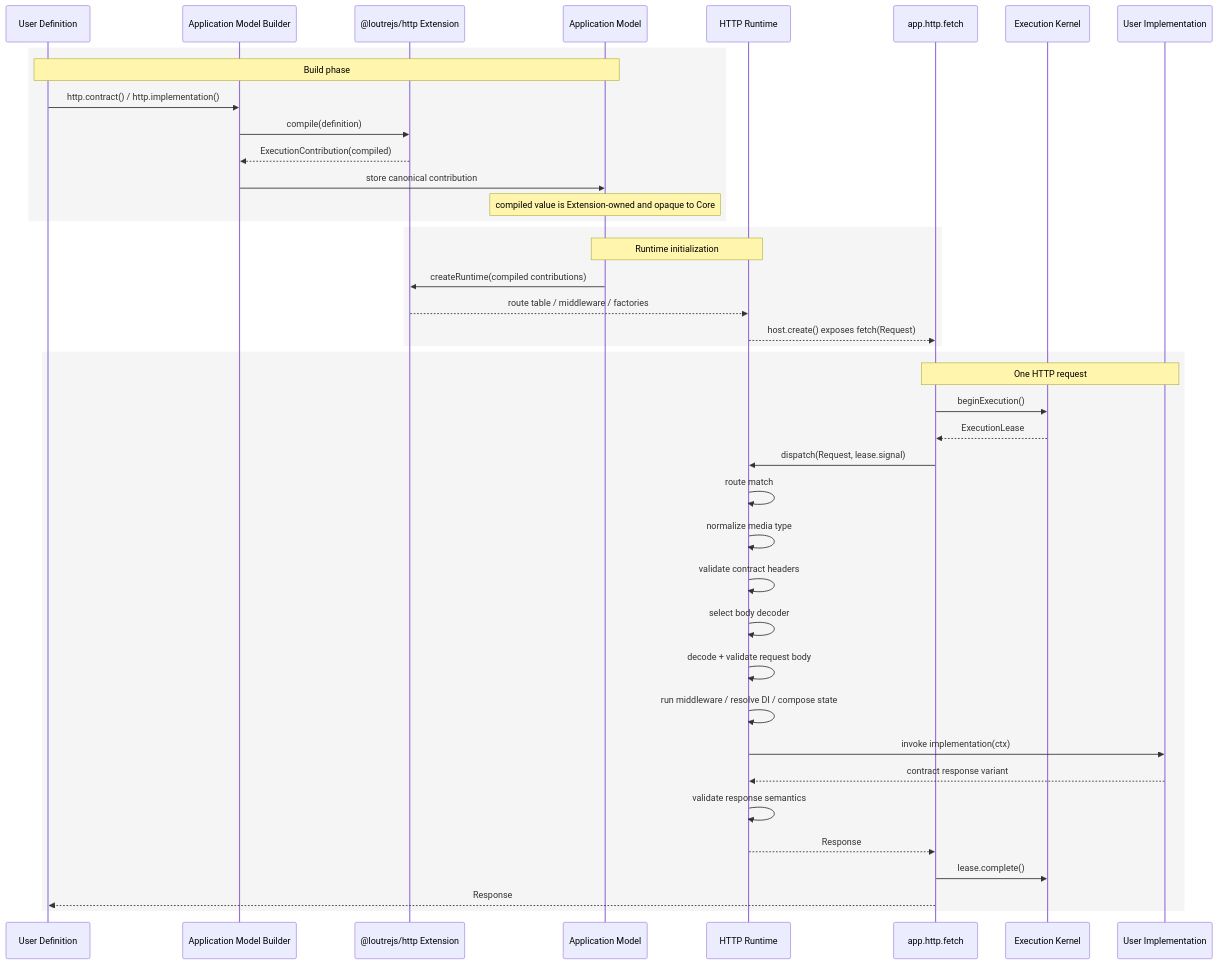
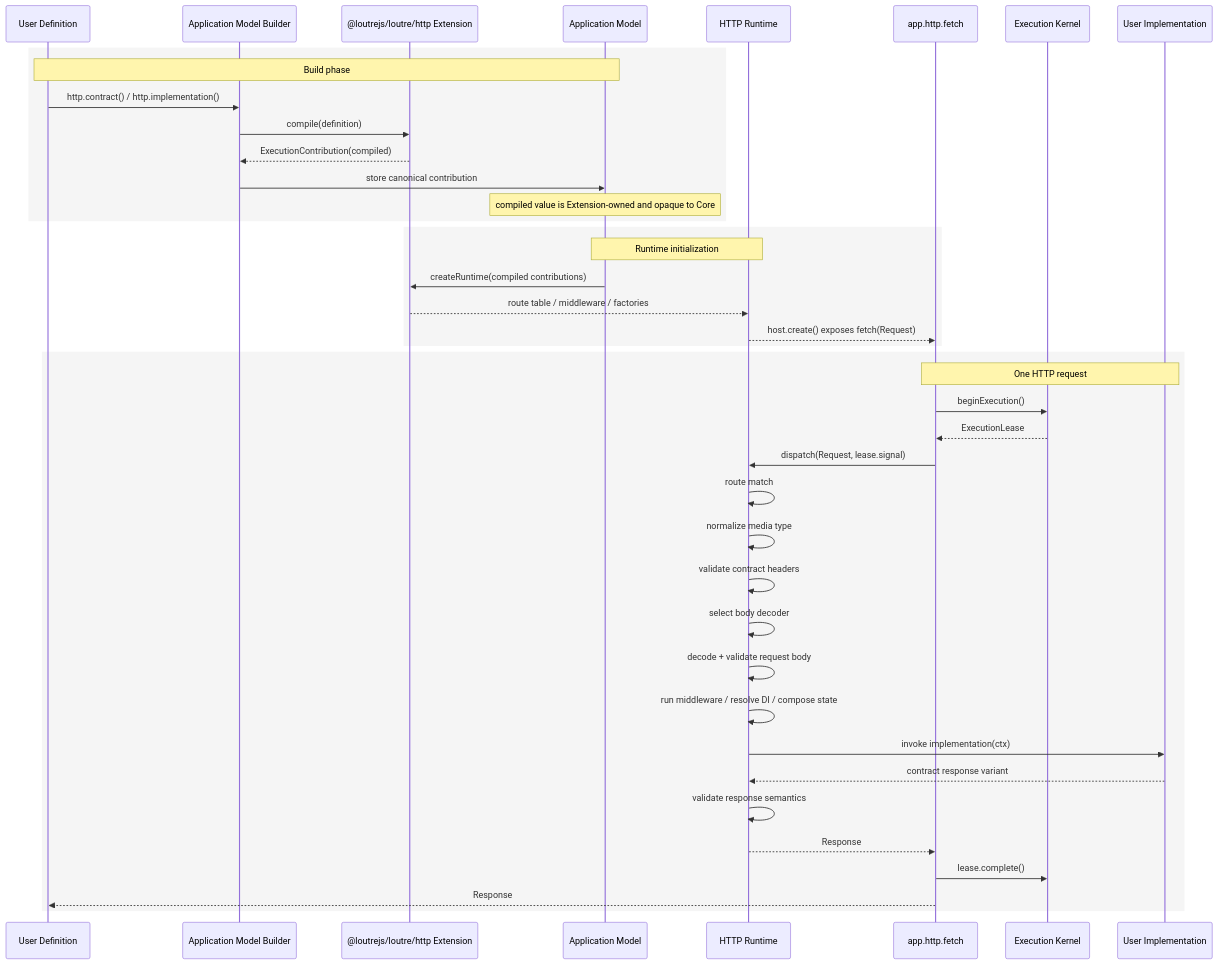
Before and after one commit to come25136/loutrejs: the diagram in docs/adr/loutre_application_graph_kernel_architecture.md, drawn with Mermaid. The commit also changed other lines of this file and 131 other files, not shown here.

Commit message:
refactor(http): fold extension into loutre subpath

````diff
--- a/docs/adr/loutre_application_graph_kernel_architecture.md
+++ b/docs/adr/loutre_application_graph_kernel_architecture.md
@@ -249,46 +249,46 @@
 ```mermaid
 sequenceDiagram
     participant User as User Definition
     participant Builder as Application Model Builder
-    participant HttpExt as @loutrejs/http Extension
+    participant HttpExt as @loutrejs/loutre/http Extension
     participant Model as Application Model
     participant HttpRuntime as HTTP Runtime
     participant Host as app.http.fetch
     participant Kernel as Execution Kernel
     participant Impl as User Implementation
 
     rect rgb(245, 245, 245)
         Note over User,Model: Build phase
         User->>Builder: http.contract() / http.implementation()
         Builder->>HttpExt: compile(definition)
         HttpExt-->>Builder: ExecutionContribution(compiled)
         Builder->>Model: store canonical contribution
         Note over Model: compiled value is Extension-owned and opaque to Core
     end
 
     rect rgb(245, 245, 245)
         Note over Model,HttpRuntime: Runtime initialization
         Model->>HttpExt: createRuntime(compiled contributions)
         HttpExt-->>HttpRuntime: route table / middleware / factories
         HttpRuntime-->>Host: host.create() exposes fetch(Request)
     end
 
     rect rgb(245, 245, 245)
         Note over Host,Impl: One HTTP request
         Host->>Kernel: beginExecution()
         Kernel-->>Host: ExecutionLease
         Host->>HttpRuntime: dispatch(Request, lease.signal)
         HttpRuntime->>HttpRuntime: route match
         HttpRuntime->>HttpRuntime: normalize media type
         HttpRuntime->>HttpRuntime: validate contract headers
         HttpRuntime->>HttpRuntime: select body decoder
         HttpRuntime->>HttpRuntime: decode + validate request body
         HttpRuntime->>HttpRuntime: run middleware / resolve DI / compose state
         HttpRuntime->>Impl: invoke implementation(ctx)
         Impl-->>HttpRuntime: contract response variant
         HttpRuntime->>HttpRuntime: validate response semantics
         HttpRuntime-->>Host: Response
         Host->>Kernel: lease.complete()
         Host-->>User: Response
     end
 ```
````
